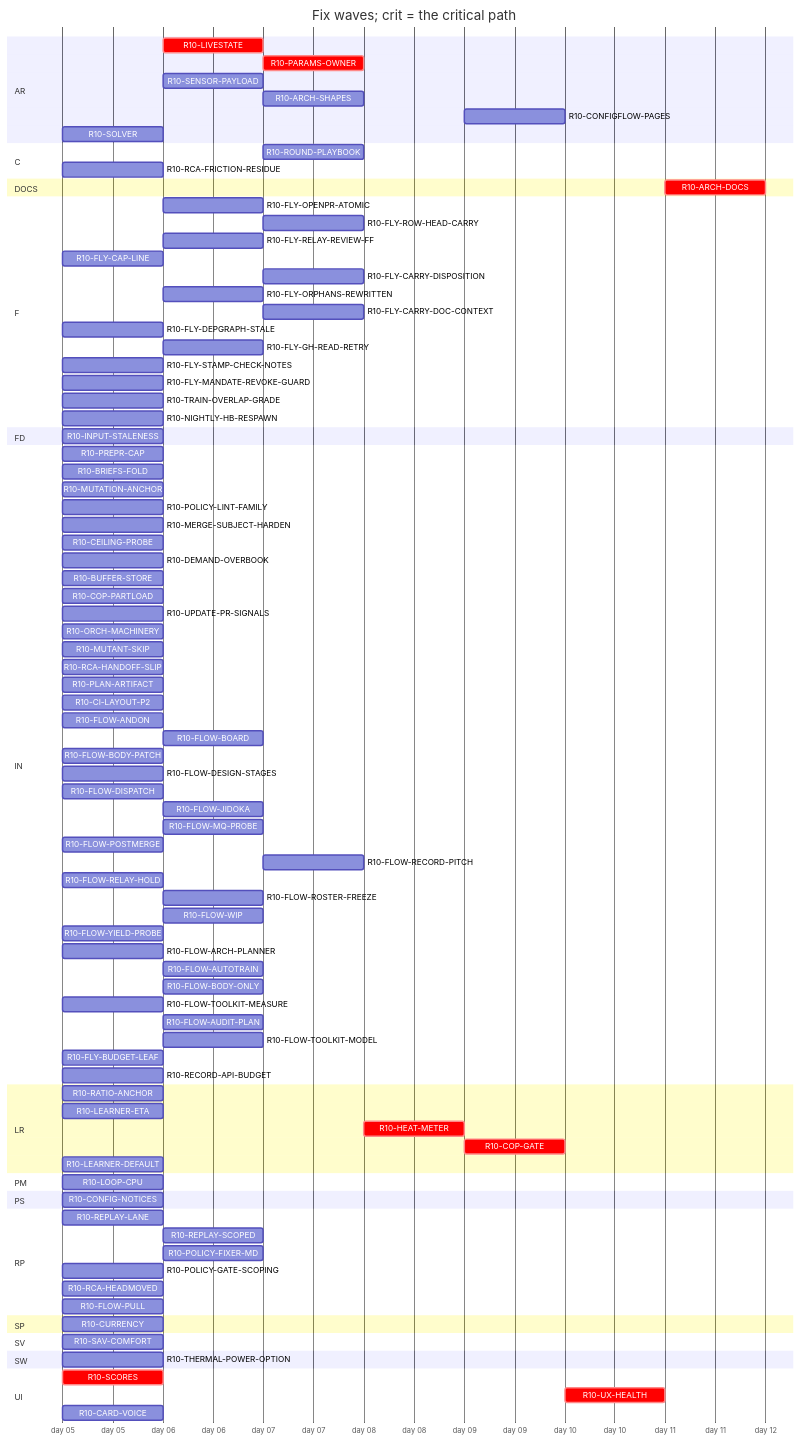
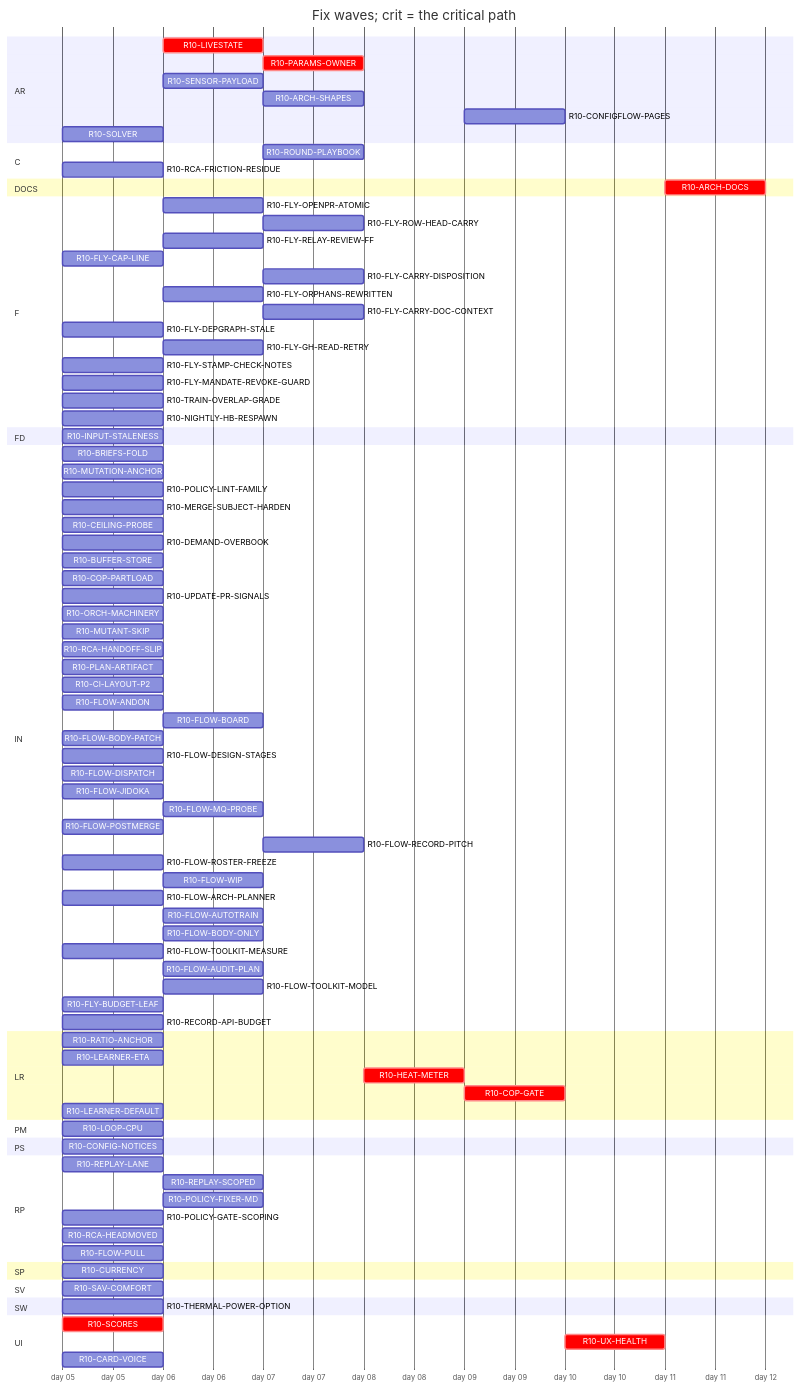
Before and after one commit to tvofi/heatpump_optimizer: the diagram in handoff/round10/state/PLAN-TABLE.md, drawn with Mermaid. The commit also changed other lines of this file and 2 other files, not shown here.

```diff
--- a/handoff/round10/state/PLAN-TABLE.md
+++ b/handoff/round10/state/PLAN-TABLE.md
@@ -44,10 +44,10 @@
   section F
     R10-FLY-OPENPR-ATOMIC :r10FLYOPENPRATOMIC, after r10UPDATEPRSIGNALS, 1d
     R10-FLY-ROW-HEAD-CARRY :r10FLYROWHEADCARRY, after r10CILAYOUTP2 r10FLYOPENPRATOMIC, 1d
-    R10-FLY-RELAY-REVIEW-FF :r10FLYRELAYREVIEWFF, after r10FLOWRELAYHOLD r10FLOWANDON r10UPDATEPRSIGNALS, 1d
+    R10-FLY-RELAY-REVIEW-FF :r10FLYRELAYREVIEWFF, after r10FLOWANDON r10UPDATEPRSIGNALS, 1d
     R10-FLY-CAP-LINE :r10FLYCAPLINE, 2026-01-05, 1d
     R10-FLY-CARRY-DISPOSITION :r10FLYCARRYDISPOSITION, after r10FLYORPHANSREWRITTEN, 1d
-    R10-FLY-ORPHANS-REWRITTEN :r10FLYORPHANSREWRITTEN, after r10FLOWRELAYHOLD r10UPDATEPRSIGNALS, 1d
+    R10-FLY-ORPHANS-REWRITTEN :r10FLYORPHANSREWRITTEN, after r10UPDATEPRSIGNALS, 1d
     R10-FLY-CARRY-DOC-CONTEXT :r10FLYCARRYDOCCONTEXT, after r10FLYGHREADRETRY, 1d
     R10-FLY-DEPGRAPH-STALE :r10FLYDEPGRAPHSTALE, 2026-01-05, 1d
     R10-FLY-GH-READ-RETRY :r10FLYGHREADRETRY, after r10UPDATEPRSIGNALS, 1d
@@ -58,7 +58,6 @@
   section FD
     R10-INPUT-STALENESS :r10INPUTSTALENESS, 2026-01-05, 1d
   section IN
-    R10-PREPR-CAP :r10PREPRCAP, 2026-01-05, 1d
     R10-BRIEFS-FOLD :r10BRIEFSFOLD, 2026-01-05, 1d
     R10-MUTATION-ANCHOR :r10MUTATIONANCHOR, 2026-01-05, 1d
     R10-POLICY-LINT-FAMILY :r10POLICYLINTFAMILY, 2026-01-05, 1d
@@ -78,14 +77,12 @@
     R10-FLOW-BODY-PATCH :r10FLOWBODYPATCH, 2026-01-05, 1d
     R10-FLOW-DESIGN-STAGES :r10FLOWDESIGNSTAGES, 2026-01-05, 1d
     R10-FLOW-DISPATCH :r10FLOWDISPATCH, 2026-01-05, 1d
-    R10-FLOW-JIDOKA :r10FLOWJIDOKA, after r10PREPRCAP, 1d
+    R10-FLOW-JIDOKA :r10FLOWJIDOKA, 2026-01-05, 1d
     R10-FLOW-MQ-PROBE :r10FLOWMQPROBE, after r10CILAYOUTP2, 1d
     R10-FLOW-POSTMERGE :r10FLOWPOSTMERGE, 2026-01-05, 1d
     R10-FLOW-RECORD-PITCH :r10FLOWRECORDPITCH, after r10CILAYOUTP2 r10FLOWPULL r10FLOWMQPROBE, 1d
-    R10-FLOW-RELAY-HOLD :r10FLOWRELAYHOLD, 2026-01-05, 1d
-    R10-FLOW-ROSTER-FREEZE :r10FLOWROSTERFREEZE, after r10FLOWRELAYHOLD, 1d
+    R10-FLOW-ROSTER-FREEZE :r10FLOWROSTERFREEZE, 2026-01-05, 1d
     R10-FLOW-WIP :r10FLOWWIP, after r10FLOWPULL, 1d
-    R10-FLOW-YIELD-PROBE :r10FLOWYIELDPROBE, 2026-01-05, 1d
     R10-FLOW-ARCH-PLANNER :r10FLOWARCHPLANNER, 2026-01-05, 1d
     R10-FLOW-AUTOTRAIN :r10FLOWAUTOTRAIN, after r10FLOWPULL, 1d
     R10-FLOW-BODY-ONLY :r10FLOWBODYONLY, after r10UPDATEPRSIGNALS r10FLOWBODYPATCH, 1d
```
